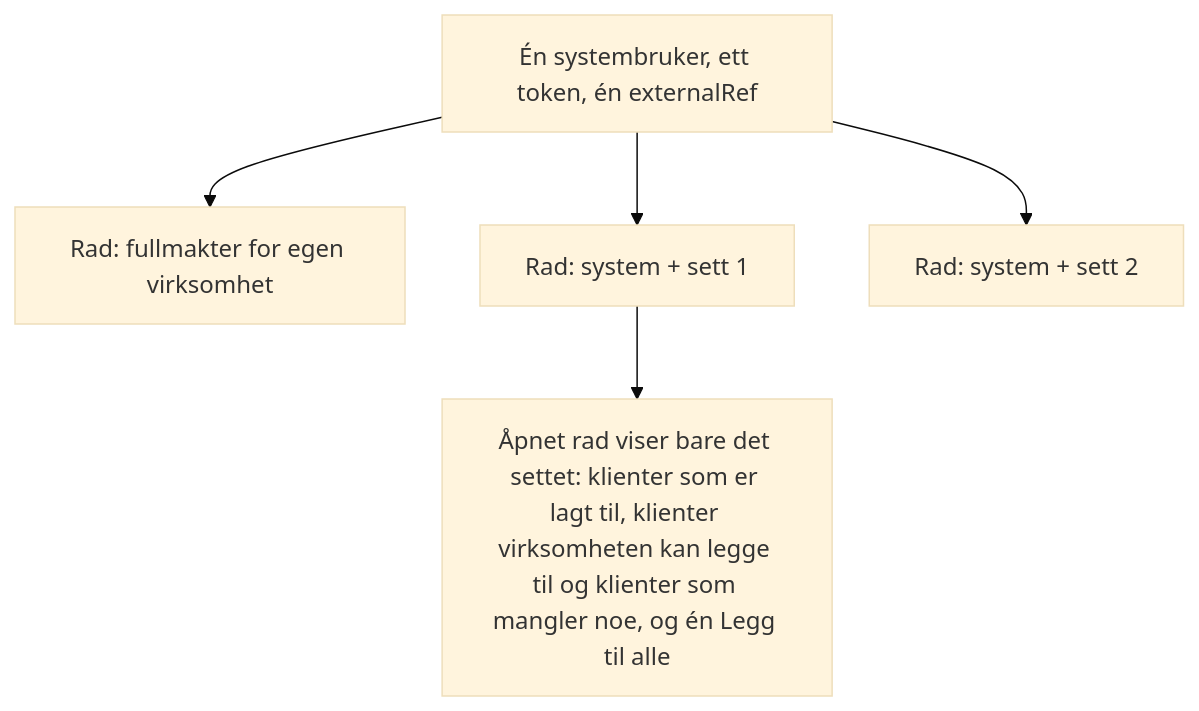
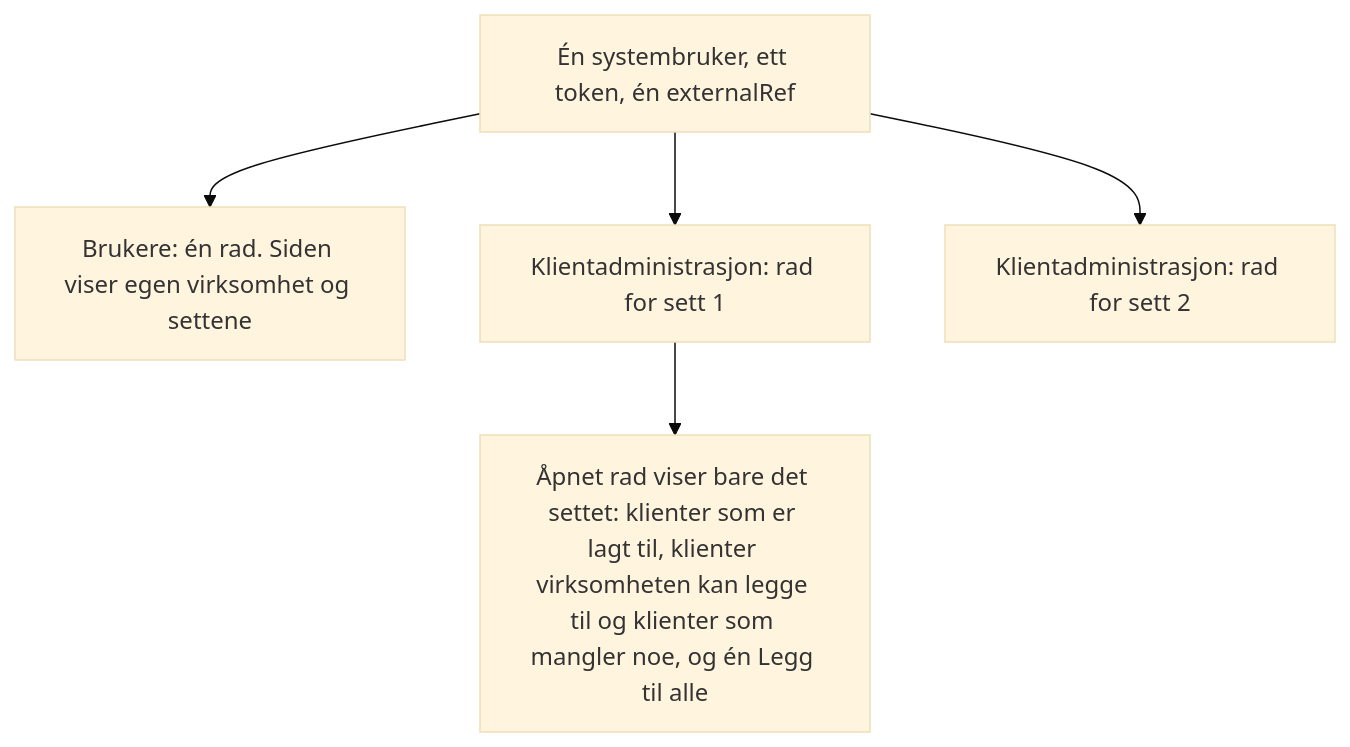
One commit to Altinn/altinn-studio-docs changed the seventh of 7 diagrams in content/authorization/guides/system-vendor/system-user/beslutningstre.nb.md. Above: the diagram before and after it, drawn with Mermaid (base theme). The commit also changed other lines of this file and 24 other files, not shown here.

Commit message:
Systembruker: én rad for systembrukeren på Brukere, og sett som rader i Klientadministrasjon

```diff
--- a/content/authorization/guides/system-vendor/system-user/beslutningstre.nb.md
+++ b/content/authorization/guides/system-vendor/system-user/beslutningstre.nb.md
@@ -145,7 +145,7 @@
 {{< mermaid >}}
 graph TD
-  SU["Én systembruker, ett token, én externalRef"] --> OWNROW["Rad: fullmakter for egen virksomhet"]
-  SU --> ROW1["Rad: system + sett 1"]
-  SU --> ROW2["Rad: system + sett 2"]
+  SU["Én systembruker, ett token, én externalRef"] --> USERS["Brukere: én rad. Siden viser egen virksomhet og settene"]
+  SU --> ROW1["Klientadministrasjon: rad for sett 1"]
+  SU --> ROW2["Klientadministrasjon: rad for sett 2"]
   ROW1 --> OPEN["Åpnet rad viser bare det settet: klienter som er lagt til, klienter virksomheten kan legge til og klienter som mangler noe, og én Legg til alle"]
 {{< /mermaid >}}
```
